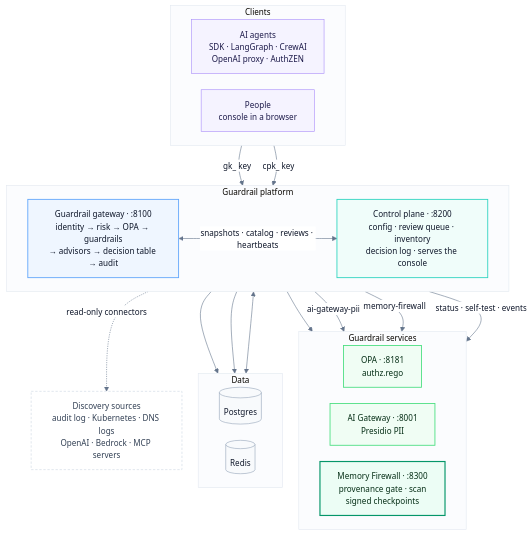
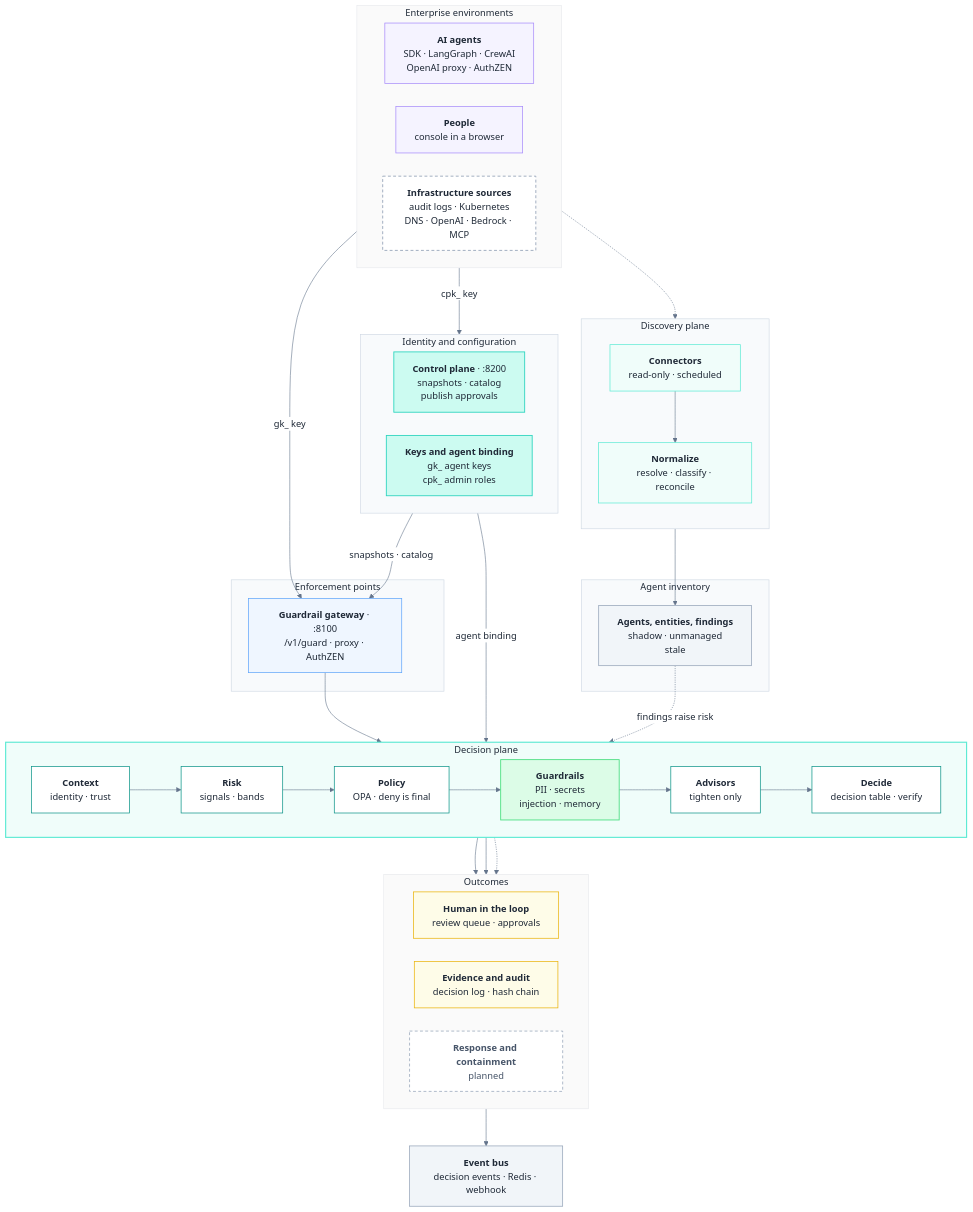
The diagram in README.md (ramsha287/policy-guardrails-agent), drawn with Mermaid before and after one commit. The commit also changed 2 other files, not shown here.

Commit message:
Redesign top architecture diagram as layered planes
- README and docs/architecture.md: overview diagram rebuilt as layered planes
  (enterprise environments, discovery, agent inventory, identity and
  configuration, enforcement points, decision plane, outcomes, event bus)
- Decision plane shown as a left-to-right pipeline: Context, Risk, Policy,
  Guardrails, Advisors, Decide
- All diagrams in the docs use an explicit light theme (white background,
  pastel fills, dark text, 16px labels)
- docs/memory-firewall.md: sequence and component diagrams restyled to match

````diff
--- a/README.md
+++ b/README.md
@@ -20,56 +20,88 @@
 ```mermaid
-%%{init: {"theme": "base", "fontFamily": "Helvetica, Arial, sans-serif", "themeVariables": {"fontSize": "14px", "primaryTextColor": "#0f172a", "lineColor": "#64748b", "clusterBkg": "#fbfcfe", "clusterBorder": "#e2e8f0", "edgeLabelBackground": "#ffffff"}, "flowchart": {"curve": "basis", "nodeSpacing": 28, "rankSpacing": 48}}}%%
+%%{init: {"theme": "base", "darkMode": false, "fontFamily": "Helvetica, Arial, sans-serif", "fontSize": "16px", "themeVariables": {"background": "#ffffff", "primaryColor": "#eef6ff", "primaryBorderColor": "#93c5fd", "primaryTextColor": "#1f2937", "secondaryColor": "#f3f0ff", "tertiaryColor": "#f8fafc", "lineColor": "#64748b", "textColor": "#1f2937", "clusterBkg": "#f8fafc", "clusterBorder": "#cbd5e1", "edgeLabelBackground": "#ffffff", "titleColor": "#1f2937"}, "flowchart": {"curve": "basis", "nodeSpacing": 40, "rankSpacing": 64, "padding": 16, "htmlLabels": true}}}%%
 flowchart TB
-  subgraph Clients["Clients"]
+  subgraph ENV["Enterprise environments"]
     direction LR
-    AG["AI agents<br/>SDK · LangGraph · CrewAI<br/>OpenAI proxy · AuthZEN"]
-    P["People<br/>console in a browser"]
+    AG["`**AI agents**<br/>SDK · LangGraph · CrewAI<br/>OpenAI proxy · AuthZEN`"]
+    PE["`**People**<br/>console in a browser`"]
+    SRC["`**Infrastructure sources**<br/>audit logs · Kubernetes<br/>DNS · OpenAI · Bedrock · MCP`"]
   end
 
-  subgraph Core["Guardrail platform"]
-    direction LR
-    GW["Guardrail gateway · :8100<br/>identity → risk → OPA → guardrails<br/>→ advisors → decision table → audit"]
-    CP["Control plane · :8200<br/>config · review queue · inventory<br/>decision log · serves the console"]
+  subgraph DISC["Discovery plane"]
+    direction TB
+    CON["`**Connectors**<br/>read-only · scheduled`"]
+    NORM["`**Normalize**<br/>resolve · classify · reconcile`"]
   end
 
-  subgraph Services["Guardrail services"]
-    direction LR
-    OPA["OPA · :8181<br/>authz.rego"]
-    AIG["AI Gateway · :8001<br/>Presidio PII"]
-    MFW["Memory Firewall · :8300<br/>provenance gate · scan<br/>signed checkpoints"]
+  subgraph ENF["Enforcement points"]
+    GW["`**Guardrail gateway** · :8100<br/>/v1/guard · proxy · AuthZEN`"]
   end
 
-  subgraph Data["Data"]
+  subgraph IDC["Identity and configuration"]
     direction LR
-    DB[("Postgres")]
-    R[("Redis")]
+    CP["`**Control plane** · :8200<br/>snapshots · catalog<br/>publish approvals`"]
+    ID["`**Keys and agent binding**<br/>gk_ agent keys<br/>cpk_ admin roles`"]
   end
 
-  SRC["Discovery sources<br/>audit log · Kubernetes · DNS logs<br/>OpenAI · Bedrock · MCP servers"]
+  subgraph INV["Agent inventory"]
+    IV["`**Agents, entities, findings**<br/>shadow · unmanaged<br/>stale`"]
+  end
+
+  subgraph PDP["Decision plane"]
+    direction LR
+    C["`**Context**<br/>identity · trust`"]
+    R["`**Risk**<br/>signals · bands`"]
+    P["`**Policy**<br/>OPA · deny is final`"]
+    G["`**Guardrails**<br/>PII · secrets<br/>injection · memory`"]
+    A["`**Advisors**<br/>tighten only`"]
+    D["`**Decide**<br/>decision table · verify`"]
+    C --> R --> P --> G --> A --> D
+  end
+
+  subgraph OUT["Outcomes"]
+    direction LR
+    HUM["`**Human in the loop**<br/>review queue · approvals`"]
+    EVD["`**Evidence and audit**<br/>decision log · hash chain`"]
+    RSP["`**Response and containment**<br/>planned`"]
+  end
+
+  EBUS["`**Event bus**<br/>decision events · Redis · webhook`"]
 
   AG -- "gk_ key" --> GW
-  P -- "cpk_ key" --> CP
-  GW <-- "snapshots · catalog · reviews · heartbeats" --> CP
-  GW --> OPA
-  GW -- "ai-gateway-pii" --> AIG
-  GW -- "memory-firewall" --> MFW
-  CP -- "status · self-test · events" --> MFW
-  GW & CP --> DB
-  GW <--> R
-  CP -. "read-only connectors" .-> SRC
+  PE -- "cpk_ key" --> CP
+  SRC -.-> CON
+  CON --> NORM --> IV
+  IV -. "findings raise risk" .-> PDP
+  GW --> PDP
+  ID -- "agent binding" --> PDP
+  CP -- "snapshots · catalog" --> GW
+  PDP --> HUM
+  PDP --> EVD
+  PDP -.-> RSP
+  EVD --> EBUS
 
-  classDef client fill:#f5f3ff,stroke:#a78bfa,stroke-width:1px,color:#1e1b4b
-  classDef edge fill:#eff6ff,stroke:#60a5fa,stroke-width:1.5px,color:#0f172a
-  classDef control fill:#f0fdfa,stroke:#2dd4bf,stroke-width:1.5px,color:#0f172a
-  classDef guard fill:#f0fdf4,stroke:#4ade80,stroke-width:1.5px,color:#052e16
-  classDef mfw fill:#ecfdf5,stroke:#059669,stroke-width:2px,color:#052e16
-  classDef store fill:#f8fafc,stroke:#94a3b8,stroke-width:1px,color:#0f172a
-  classDef external fill:#ffffff,stroke:#cbd5e1,stroke-width:1px,stroke-dasharray:4 3,color:#334155
-  class AG,P client
-  class GW edge
-  class CP control
-  class OPA,AIG guard
-  class MFW mfw
-  class DB,R store
+  classDef actor fill:#f5f3ff,stroke:#a78bfa,stroke-width:1.25px,color:#1f2937
+  classDef external fill:#ffffff,stroke:#94a3b8,stroke-width:1.5px,stroke-dasharray:5 4,color:#1f2937
+  classDef discovery fill:#f0fdfa,stroke:#5eead4,stroke-width:1.25px,color:#1f2937
+  classDef inventory fill:#f1f5f9,stroke:#94a3b8,stroke-width:1.25px,color:#1f2937
+  classDef control fill:#ccfbf1,stroke:#2dd4bf,stroke-width:1.5px,color:#1f2937
+  classDef enforce fill:#eff6ff,stroke:#60a5fa,stroke-width:1.25px,color:#1f2937
+  classDef step fill:#ffffff,stroke:#0d9488,stroke-width:1.25px,color:#1f2937
+  classDef guard fill:#dcfce7,stroke:#4ade80,stroke-width:1.5px,color:#1f2937
+  classDef audit fill:#fefce8,stroke:#eab308,stroke-width:1.25px,color:#1f2937
+  classDef planned fill:#ffffff,stroke:#94a3b8,stroke-width:1.25px,stroke-dasharray:5 4,color:#475569
+  class AG,PE actor
   class SRC external
+  class CON,NORM discovery
+  class IV inventory
+  class CP,ID control
+  class GW enforce
+  class C,R,P,A,D step
+  class G guard
+  class HUM,EVD audit
+  class EBUS inventory
+  class RSP planned
+  style ENV fill:#fafafa,stroke:#e5e7eb
+  style PDP fill:#f0fdfa,stroke:#5eead4,stroke-width:2px
+  style OUT fill:#fafafa,stroke:#e5e7eb
 ```
````
